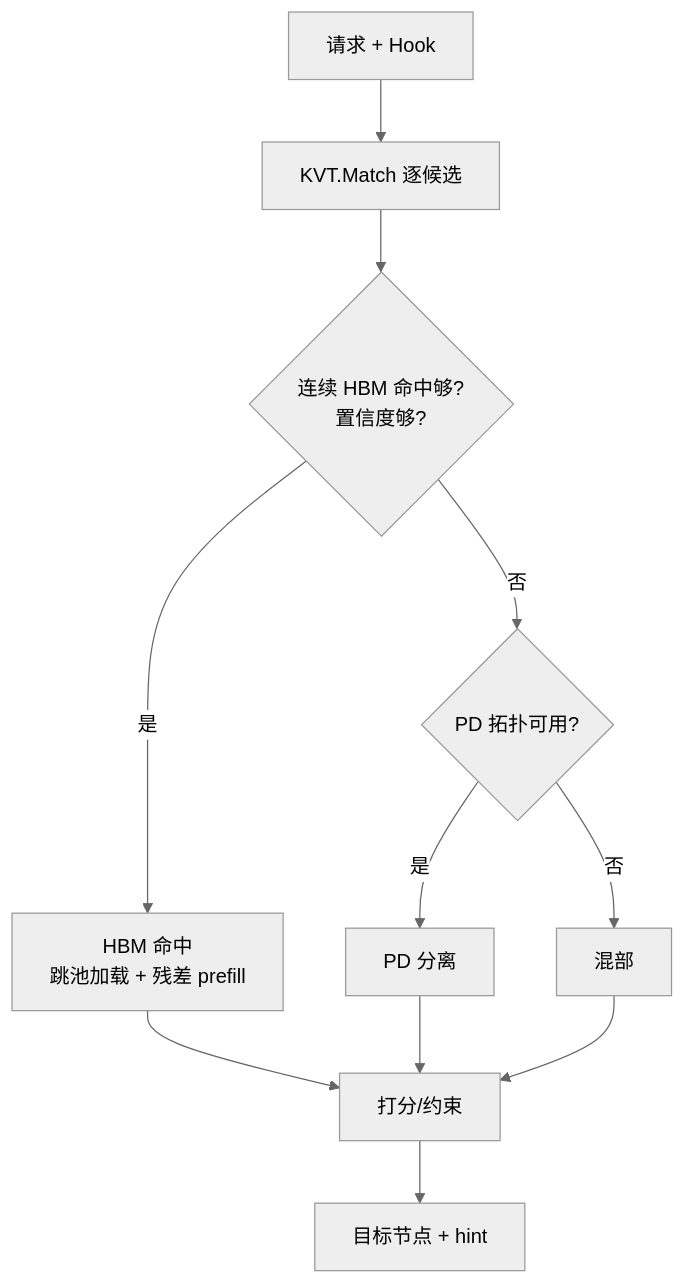
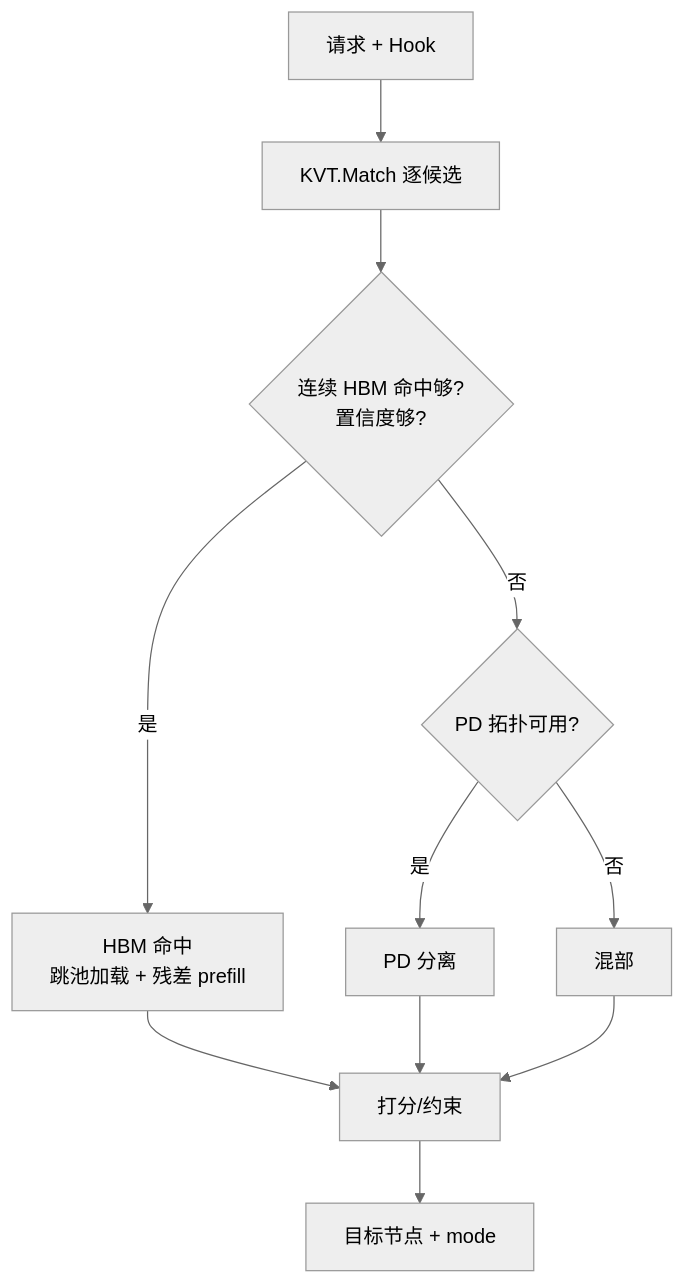
Before and after one commit to 5x8-40/lake: the fifth of 9 diagrams in kvcm/design/D8a-scheduling-algorithms.md, drawn with Mermaid (neutral theme). The commit also changed 3 other files, not shown here.

First line of the commit message:
docs(kvcm): Dispatch 去掉 hint，改 target+mode

````diff
--- a/kvcm/design/D8a-scheduling-algorithms.md
+++ b/kvcm/design/D8a-scheduling-algorithms.md
@@ -304,13 +304,13 @@
 ```mermaid
 flowchart TB
     S["请求 + Hook"] --> M["KVT.Match 逐候选"]
     M --> H{"连续 HBM 命中够?<br/>置信度够?"}
     H -->|"是"| HB["HBM 命中<br/>跳池加载 + 残差 prefill"]
     H -->|"否"| P{"PD 拓扑可用?"}
     P -->|"是"| PD["PD 分离"]
     P -->|"否"| CO["混部"]
     HB --> SEL["打分/约束"]
     PD --> SEL
     CO --> SEL
-    SEL --> D["目标节点 + hint"]
+    SEL --> D["目标节点 + mode"]
 ```
````
